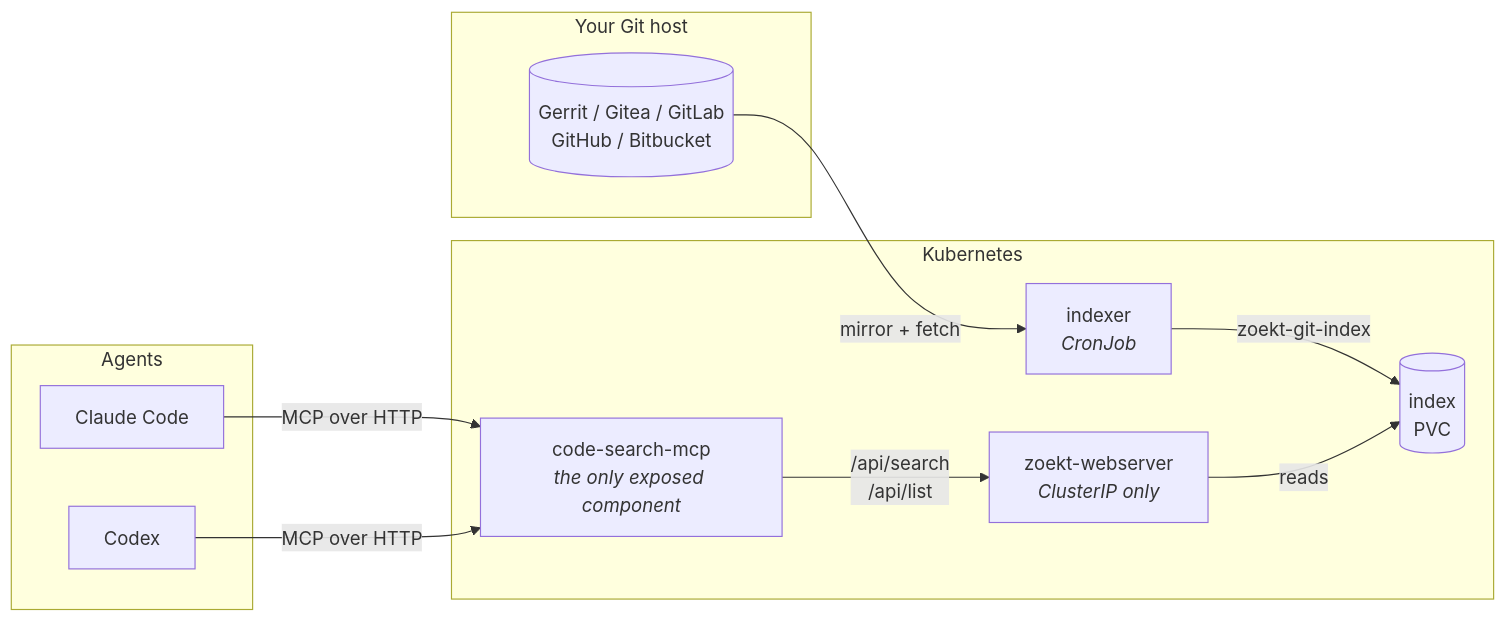
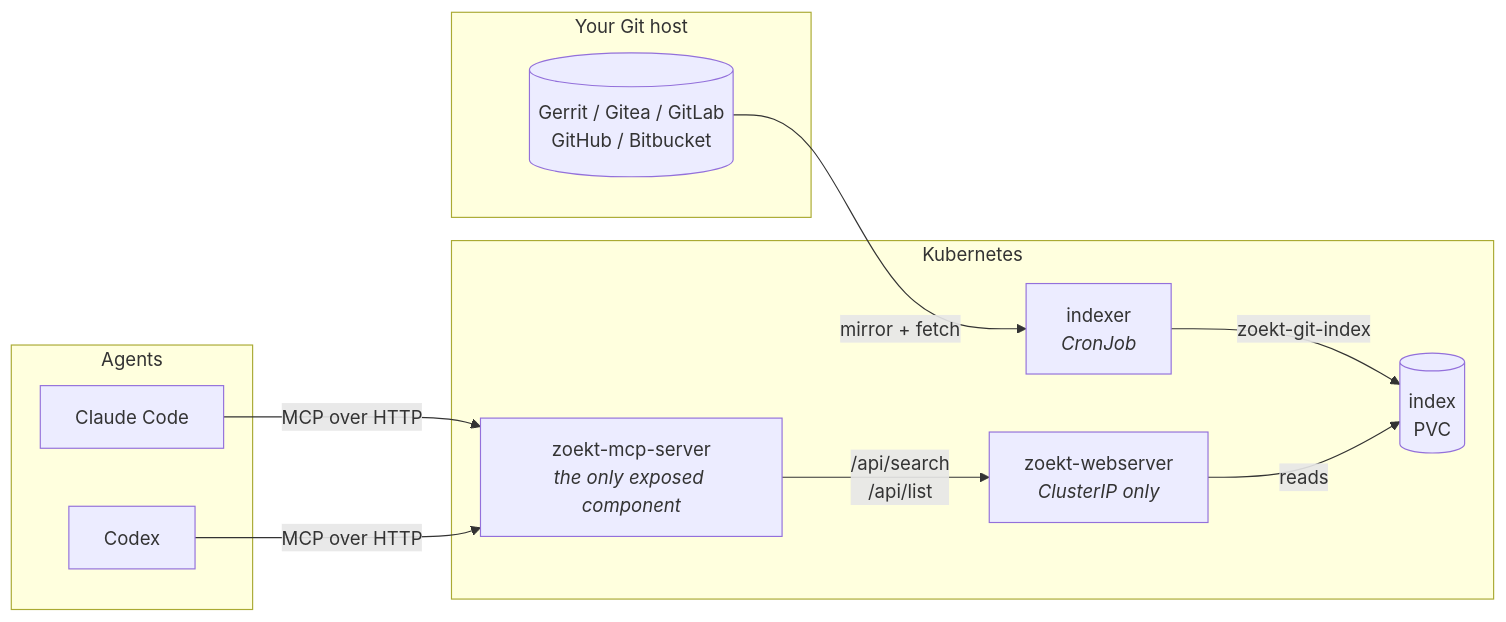
The diagram in README.md (GyeongHoKim/code-search-platform), drawn with Mermaid before and after one commit. The commit also changed other lines of this file and 43 other files, not shown here.

First line of the commit message:
refactor(repo)!: rename the project to zoekt-mcp-server

````diff
--- a/README.md
+++ b/README.md
@@ -27,25 +27,25 @@
 ```mermaid
 flowchart LR
     subgraph Host["Your Git host"]
         G[("Gerrit / Gitea / GitLab<br/>GitHub / Bitbucket")]
     end
 
     subgraph Cluster["Kubernetes"]
         I["indexer<br/><i>CronJob</i>"]
         Z["zoekt-webserver<br/><i>ClusterIP only</i>"]
-        M["code-search-mcp<br/><i>the only exposed component</i>"]
+        M["zoekt-mcp-server<br/><i>the only exposed component</i>"]
         V[("index<br/>PVC")]
     end
 
     subgraph Agents["Agents"]
         A["Claude Code"]
         C["Codex"]
     end
 
     G -->|"mirror + fetch"| I
     I -->|"zoekt-git-index"| V
     Z -->|"reads"| V
     M -->|"/api/search<br/>/api/list"| Z
     A -->|"MCP over HTTP"| M
     C -->|"MCP over HTTP"| M
 ```
````
